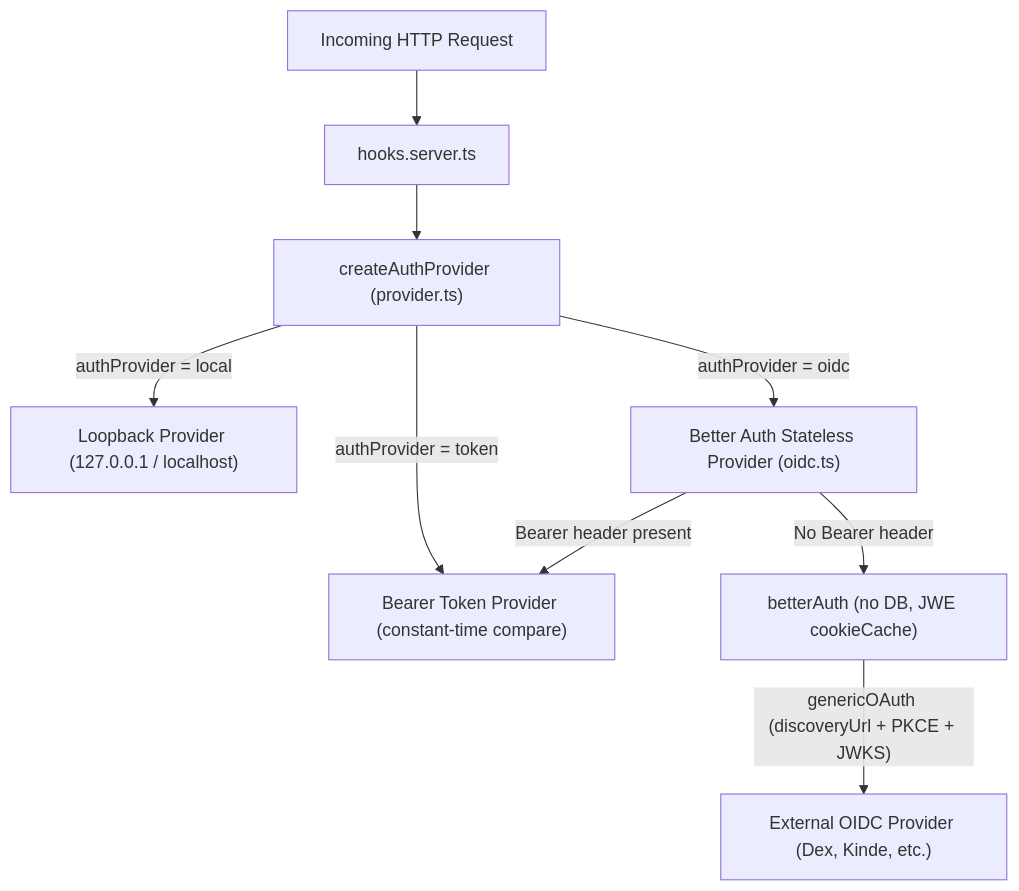
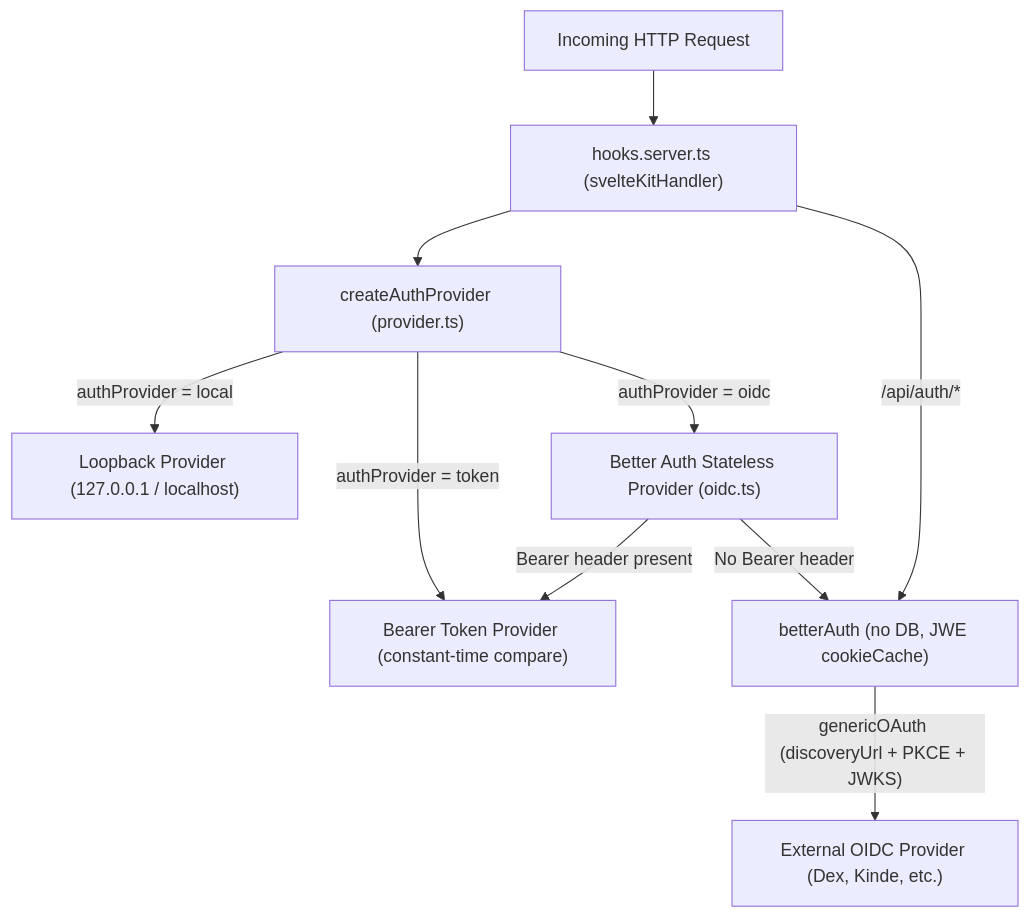
One commit to difflab-io/difflab changed the first of 2 diagrams in docs/architecture/auth/index.md. Above: the diagram before and after it, drawn with Mermaid. The commit also changed other lines of this file and 15 other files, not shown here.

Commit message:
refactor(auth): use Better Auth native svelteKitHandler and remove custom auth routes

````diff
--- a/docs/architecture/auth/index.md
+++ b/docs/architecture/auth/index.md
@@ -26,11 +26,12 @@
 ```mermaid
 flowchart TD
-  Req["Incoming HTTP Request"] --> Hook["hooks.server.ts"]
+  Req["Incoming HTTP Request"] --> Hook["hooks.server.ts (svelteKitHandler)"]
   Hook --> Provider["createAuthProvider (provider.ts)"]
   Provider -->|"authProvider = local"| Local["Loopback Provider (127.0.0.1 / localhost)"]
   Provider -->|"authProvider = token"| Token["Bearer Token Provider (constant-time compare)"]
   Provider -->|"authProvider = oidc"| Oidc["Better Auth Stateless Provider (oidc.ts)"]
   Oidc -->|"Bearer header present"| Token
   Oidc -->|"No Bearer header"| BA["betterAuth (no DB, JWE cookieCache)"]
+  Hook -->|"/api/auth/*"| BA
   BA -->|"genericOAuth (discoveryUrl + PKCE + JWKS)"| IdP["External OIDC Provider (Dex, Kinde, etc.)"]
 ```
````
